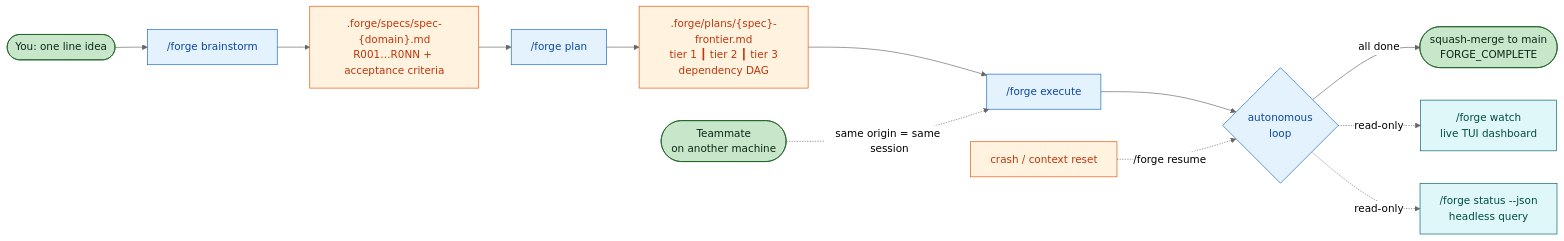
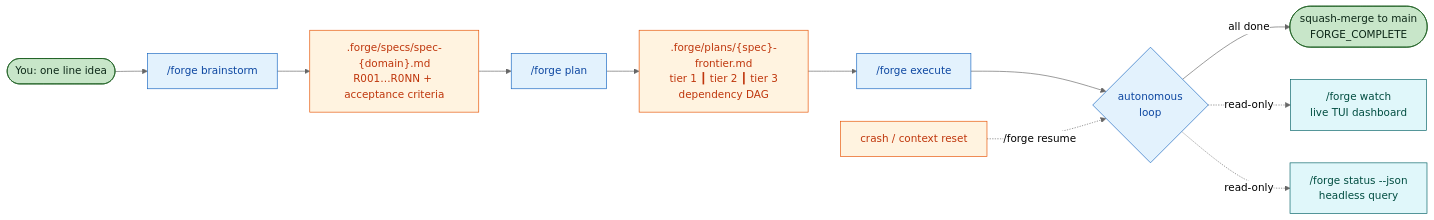
One commit to LucasDuys/forge changed the third of 9 diagrams in README.md. Above: the diagram before and after it, drawn with Mermaid (neutral theme). The commit also changed other lines of this file, not shown here.

First line of the commit message:
docs(readme): first-class team-mode architecture + newcomer intro

````diff
--- a/README.md
+++ b/README.md
@@ -323,25 +368,24 @@
 ```mermaid
 flowchart LR
     User([You: one line idea]) --> Bs["/forge brainstorm"]
     Bs --> Spec[".forge/specs/spec-{domain}.md<br/>R001…R0NN + acceptance criteria"]
     Spec --> Plan["/forge plan"]
     Plan --> Frontier[".forge/plans/{spec}-frontier.md<br/>tier 1 ┃ tier 2 ┃ tier 3<br/>dependency DAG"]
     Frontier --> Exec["/forge execute"]
     Exec --> Loop{"autonomous<br/>loop"}
     Loop -->|all done| Done([squash-merge to main<br/>FORGE_COMPLETE])
     Loop -.->|read-only| Watch["/forge watch<br/>live TUI dashboard"]
     Loop -.->|read-only| Headless["/forge status --json<br/>headless query"]
     Crash[crash / context reset] -.->|/forge resume| Loop
-    TeamUser([Teammate<br/>on another machine]) -.->|same origin = same session| Exec
 
     classDef cmd fill:#e3f2fd,stroke:#1565c0,color:#0d47a1
     classDef state fill:#fff3e0,stroke:#e65100,color:#bf360c
     classDef ui fill:#e0f7fa,stroke:#006064,color:#004d40
     classDef done fill:#c8e6c9,stroke:#1b5e20,color:#0d2818
 
     class Bs,Plan,Exec,Loop cmd
     class Spec,Frontier state
     class Watch,Headless ui
-    class Done,User,TeamUser done
+    class Done,User done
     class Crash state
 ```
````
